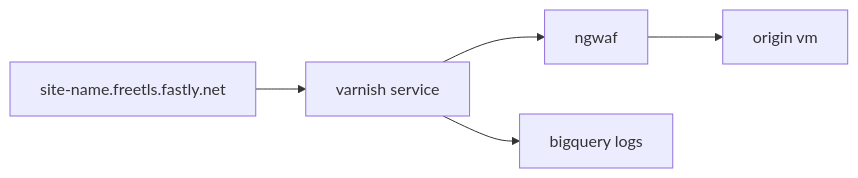
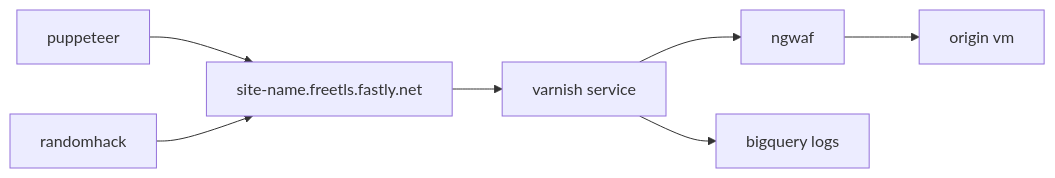
Before and after one commit to jbartus/fastly-magento2-demo: the second of 2 diagrams in README.md, drawn with Mermaid. The commit also changed other lines of this file, not shown here.

Commit message:
simplify/consolidate diagrams

````diff
--- a/README.md
+++ b/README.md
@@ -21,7 +23,9 @@
 ```mermaid
 flowchart LR
-  site[site-name.freetls.fastly.net] --> varnish[varnish service]
+  puppeteer --> site[site-name.freetls.fastly.net]
+  randomhack --> site
+  site --> varnish[varnish service]
   varnish --> ngwaf
   ngwaf --> origin[origin vm]
   varnish --> bq[bigquery logs]
 ```
````
